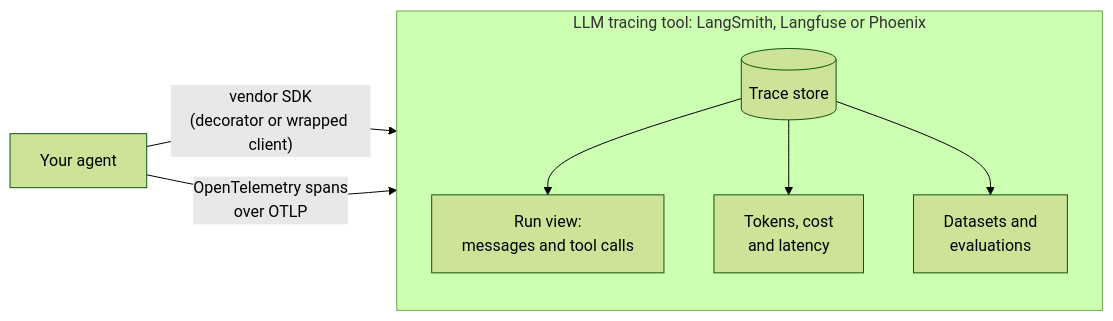
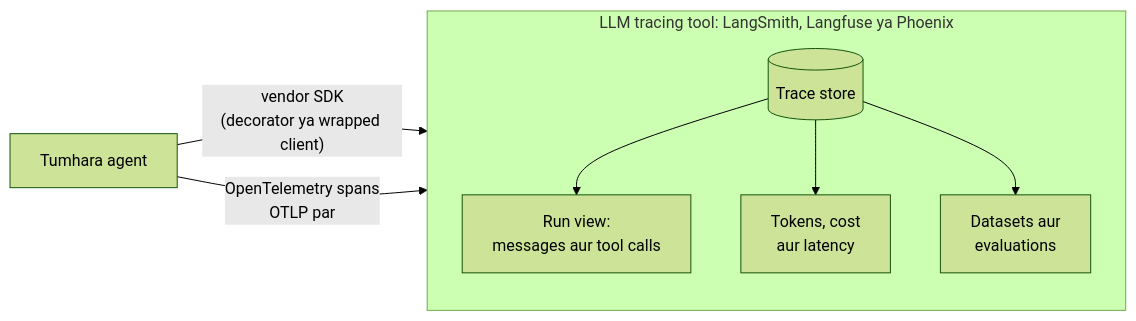
One commit to asmustechno/agentic-ai-notes changed the diagram in docs/14-observability-and-debugging/14.4-tracing-tools.md. Above: the diagram before and after it, drawn with Mermaid (forest theme). The commit also changed other lines of this file and 135 other files, not shown here.

````diff
--- a/docs/14-observability-and-debugging/14.4-tracing-tools.md
+++ b/docs/14-observability-and-debugging/14.4-tracing-tools.md
@@ -48,10 +48,10 @@
 ```mermaid
 flowchart LR
-    A["Your agent"] -->|"vendor SDK<br/>(decorator or wrapped client)"| T
-    A -->|"OpenTelemetry spans<br/>over OTLP"| T
-    subgraph T["LLM tracing tool: LangSmith, Langfuse or Phoenix"]
-        S[("Trace store")] --> V["Run view:<br/>messages and tool calls"]
-        S --> C["Tokens, cost<br/>and latency"]
-        S --> E["Datasets and<br/>evaluations"]
+    A["Tumhara agent"] -->|"vendor SDK<br/>(decorator ya wrapped client)"| T
+    A -->|"OpenTelemetry spans<br/>OTLP par"| T
+    subgraph T["LLM tracing tool: LangSmith, Langfuse ya Phoenix"]
+        S[("Trace store")] --> V["Run view:<br/>messages aur tool calls"]
+        S --> C["Tokens, cost<br/>aur latency"]
+        S --> E["Datasets aur<br/>evaluations"]
     end
 ```
````
